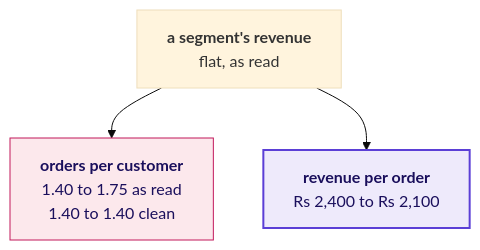
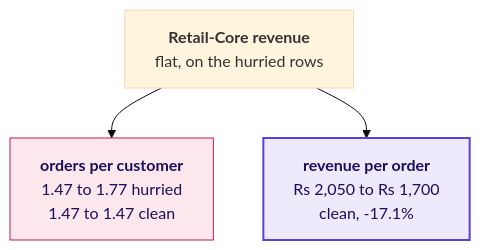
The third of 9 diagrams in content/W01/D5/slides/C2_W01_D05_debrief_STUDENT.md (fde-academy-lab/c2-content-factory), drawn with Mermaid (base theme) before and after one commit. The commit also changed other lines of this file and 4 other files, not shown here.

````diff
--- a/content/W01/D5/slides/C2_W01_D05_debrief_STUDENT.md
+++ b/content/W01/D5/slides/C2_W01_D05_debrief_STUDENT.md
@@ -107,9 +199,9 @@
 ```mermaid
 flowchart TB
-    R["<b>a segment's revenue</b><br/>flat, as read"] --> F["<b>orders per customer</b><br/>1.40 to 1.75 as read<br/>1.40 to 1.40 clean"]
-    R --> B["<b>revenue per order</b><br/>Rs 2,400 to Rs 2,100"]
+    R["<b>Retail-Core revenue</b><br/>flat, on the hurried rows"] --> F["<b>orders per customer</b><br/>1.47 to 1.77 hurried<br/>1.47 to 1.47 clean"]
+    R --> B["<b>revenue per order</b><br/>Rs 2,050 to Rs 1,700<br/>clean, -17.1%"]
     classDef bad fill:#FCE8EC,stroke:#C2185B,color:#1A0F5C
     classDef known fill:#EEEAFB,stroke:#5B3FD6,color:#1A0F5C,stroke-width:2px
     class F bad
     class B known
 ```
````
